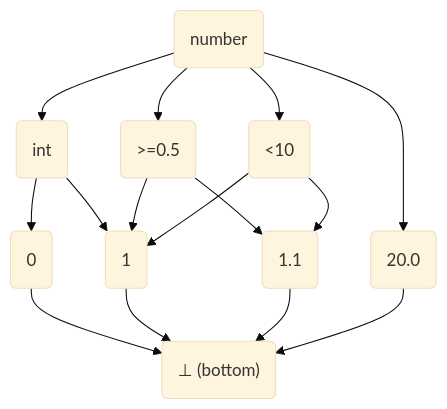
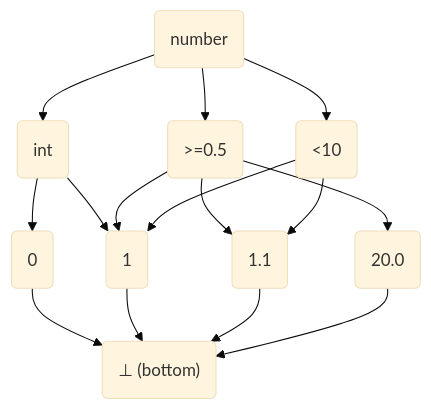
The fourth of 9 diagrams in content/en/docs/concepts/logic.md (cuelang/cuelang.org), drawn with Mermaid (base theme) before and after one commit. The commit also changed other lines of this file, not shown here.

```diff
--- a/content/en/docs/concepts/logic.md
+++ b/content/en/docs/concepts/logic.md
@@ -191,20 +191,20 @@
 {{< mermaid >}}
 graph TD
     N(number)
     N --> I("int")
     N --> GEH(">=0.5")
     N --> LTC("<10")
     I --> Z("0")
     I --> One("1")
     IFI("1.1")
-    N --> CCF("20.0")
     GEH --> One
     GEH --> IFI
+    GEH --> CCF("20.0")
     LTC --> One
     LTC --> IFI
     Z --> E
     One --> E
     IFI --> E
     CCF --> E
     E("⊥ (bottom)")
 {{< /mermaid >}}
```
